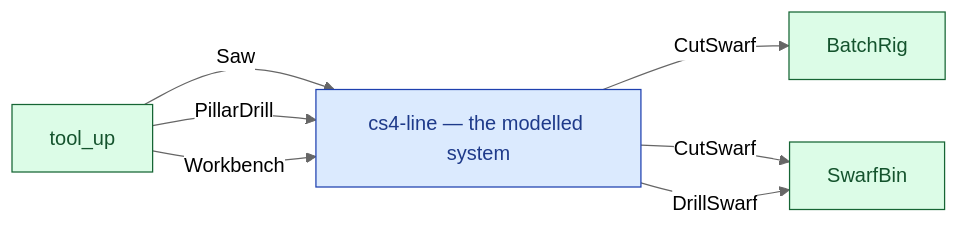
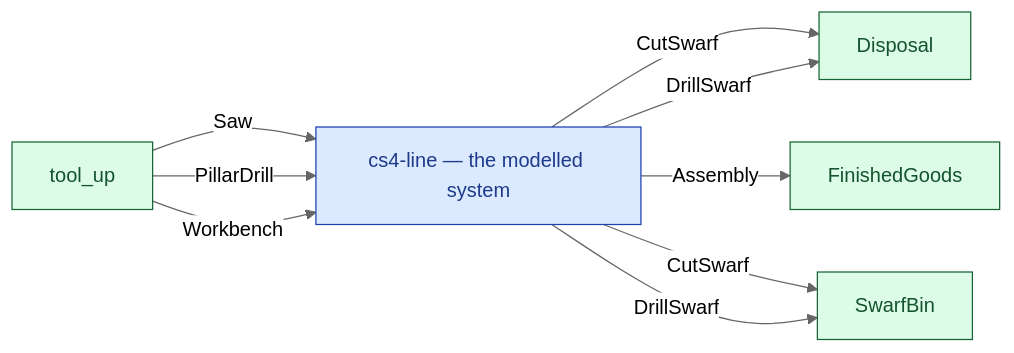
Before and after one commit to twalmsley/lavoisier: the diagram in docs/diagrams/cs4-line/context.md, drawn with Mermaid (neutral theme). The commit also changed other lines of this file and 202 other files, not shown here.

````diff
--- a/docs/diagrams/cs4-line/context.md
+++ b/docs/diagrams/cs4-line/context.md
@@ -7,26 +7,30 @@
 ```mermaid
 flowchart LR
   classDef process fill:#dbeafe,stroke:#1e40af,color:#1e3a8a;
   classDef boundary fill:#dcfce7,stroke:#166534,color:#14532d;
   classDef sink fill:#fee2e2,stroke:#991b1b,color:#7f1d1d;
   classDef helper fill:#f3e8ff,stroke:#6b21a8,color:#581c87;
   classDef grouping fill:#ffedd5,stroke:#9a3412,color:#7c2d12;
   classDef flowio fill:#e2e8f0,stroke:#334155,color:#0f172a;
   classDef resource fill:#fef9c3,stroke:#854d0e,color:#713f12;
   classDef external fill:#dcfce7,stroke:#166534,color:#14532d;
   classDef system fill:#dbeafe,stroke:#1e40af,color:#1e3a8a;
   n_system["cs4-line — the modelled system"]:::system
   n_tool_up["tool_up"]:::external
-  n_BatchRig["BatchRig"]:::external
+  n_Disposal["Disposal"]:::external
+  n_FinishedGoods["FinishedGoods"]:::external
   n_SwarfBin["SwarfBin"]:::external
   n_tool_up -- "Saw" --> n_system
   n_tool_up -- "PillarDrill" --> n_system
   n_tool_up -- "Workbench" --> n_system
-  n_system -- "CutSwarf" --> n_BatchRig
+  n_system -- "CutSwarf" --> n_Disposal
+  n_system -- "DrillSwarf" --> n_Disposal
+  n_system -- "Assembly" --> n_FinishedGoods
   n_system -- "CutSwarf" --> n_SwarfBin
   n_system -- "DrillSwarf" --> n_SwarfBin
   click n_system "https://github.com/twalmsley/lavoisier/blob/main/model/cs4-line/src/lib.rs#L1" "model/cs4-line/src/lib.rs"
   click n_tool_up "https://github.com/twalmsley/lavoisier/blob/main/model/cs4-line/src/resources.rs#L128" "model/cs4-line/src/resources.rs"
-  click n_BatchRig "https://github.com/twalmsley/lavoisier/blob/main/model/cs4-line/src/batch.rs#L63" "model/cs4-line/src/batch.rs"
+  click n_Disposal "https://github.com/twalmsley/lavoisier/blob/main/model/cs4-stores/src/resources.rs#L513" "model/cs4-stores/src/resources.rs"
+  click n_FinishedGoods "https://github.com/twalmsley/lavoisier/blob/main/model/cs4-stores/src/resources.rs#L475" "model/cs4-stores/src/resources.rs"
   click n_SwarfBin "https://github.com/twalmsley/lavoisier/blob/main/model/cs4-line/src/resources.rs#L57" "model/cs4-line/src/resources.rs"
 ```
````
